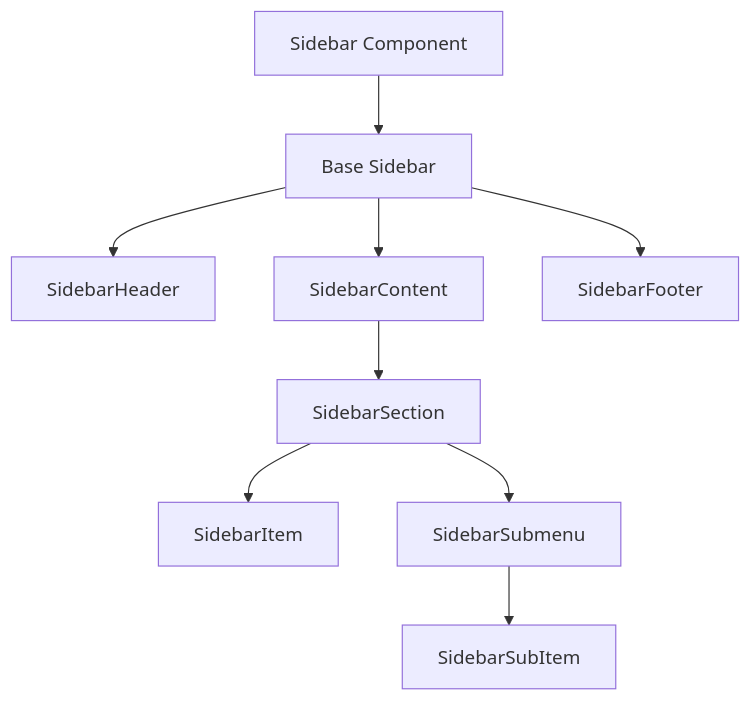
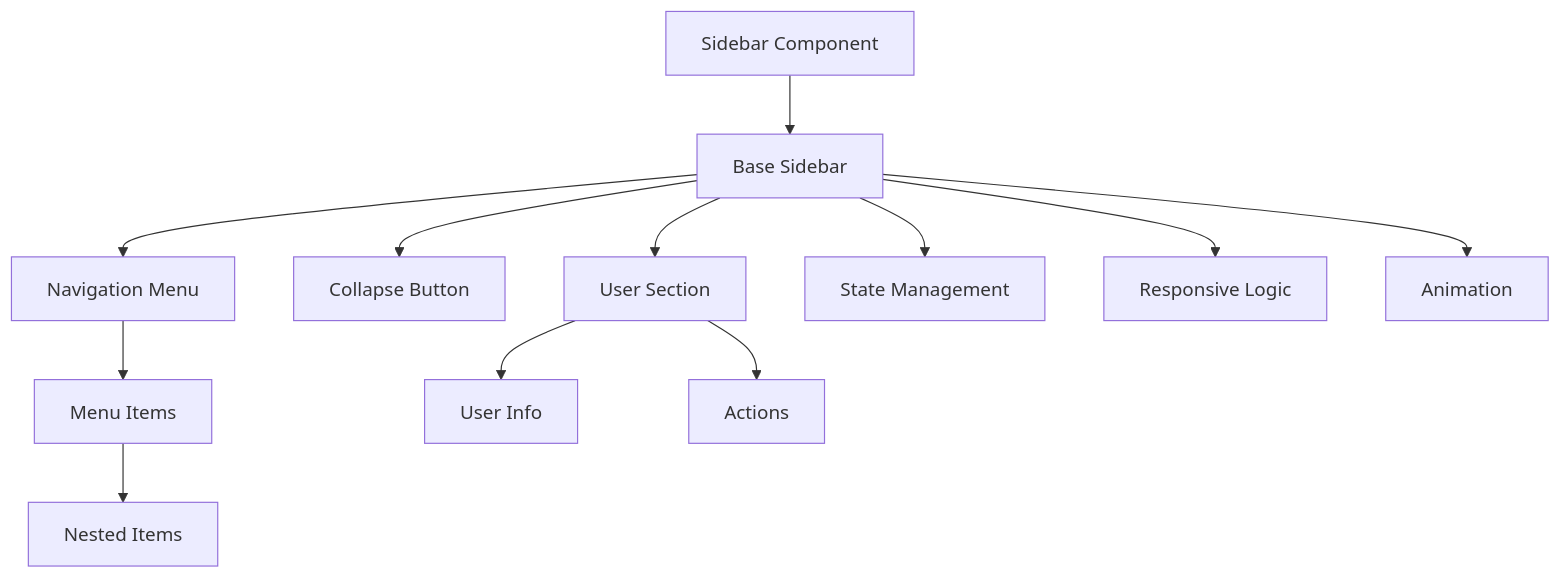
One commit to gedeza/thrive-send changed the first of 3 diagrams in DOCS/components/layout/Sidebar.md. Above: the diagram before and after it, drawn with Mermaid. The commit also changed other lines of this file and 25 other files, not shown here.

````diff
--- a/DOCS/components/layout/Sidebar.md
+++ b/DOCS/components/layout/Sidebar.md
@@ -11,11 +20,17 @@
 ```mermaid
 graph TD
     A[Sidebar Component] --> B[Base Sidebar]
-    B --> C[SidebarHeader]
-    B --> D[SidebarContent]
-    B --> E[SidebarFooter]
-    D --> F[SidebarSection]
-    F --> G[SidebarItem]
-    F --> H[SidebarSubmenu]
-    H --> I[SidebarSubItem]
+    B --> C[Navigation Menu]
+    B --> D[Collapse Button]
+    B --> E[User Section]
+    
+    C --> F[Menu Items]
+    F --> G[Nested Items]
+    
+    B --> H[State Management]
+    B --> I[Responsive Logic]
+    B --> J[Animation]
+    
+    E --> K[User Info]
+    E --> L[Actions]
 ```
````
